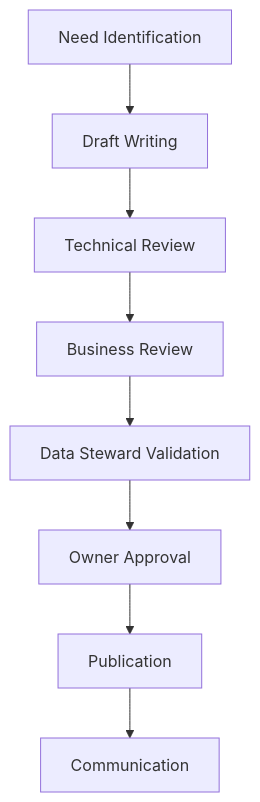
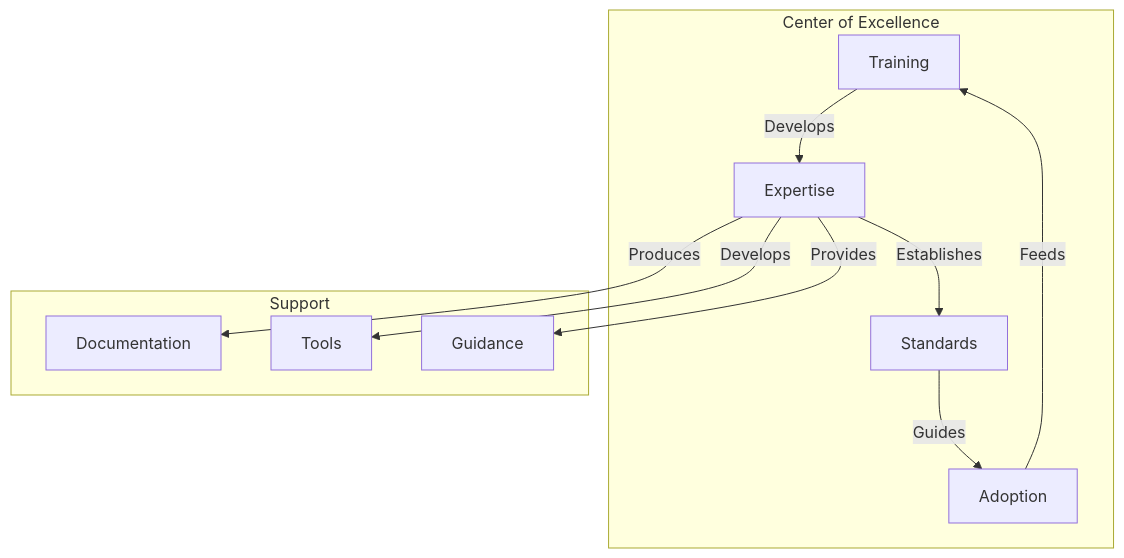
The diagram in docs/en/articles/07-governance-and-adoption.md (monmaya/pyb-data-contracts), drawn with Mermaid before and after one commit. The commit also changed other lines of this file and 25 other files, not shown here.

````diff
--- a/docs/en/articles/07-governance-and-adoption.md
+++ b/docs/en/articles/07-governance-and-adoption.md
@@ -50,10 +100,19 @@
 ```mermaid
 graph TD
-    A[Need Identification] --> B[Draft Writing]
-    B --> C[Technical Review]
-    C --> D[Business Review]
-    D --> E[Data Steward Validation]
-    E --> F[Owner Approval]
-    F --> G[Publication]
-    G --> H[Communication]
+    subgraph "Center of Excellence"
+        A[Training] -->|Develops| B[Expertise]
+        B -->|Establishes| C[Standards]
+        C -->|Guides| D[Adoption]
+        D -->|Feeds| A
+    end
+
+    subgraph "Support"
+        E[Documentation]
+        F[Tools]
+        G[Guidance]
+    end
+
+    B -->|Produces| E
+    B -->|Develops| F
+    B -->|Provides| G
 ```
````
